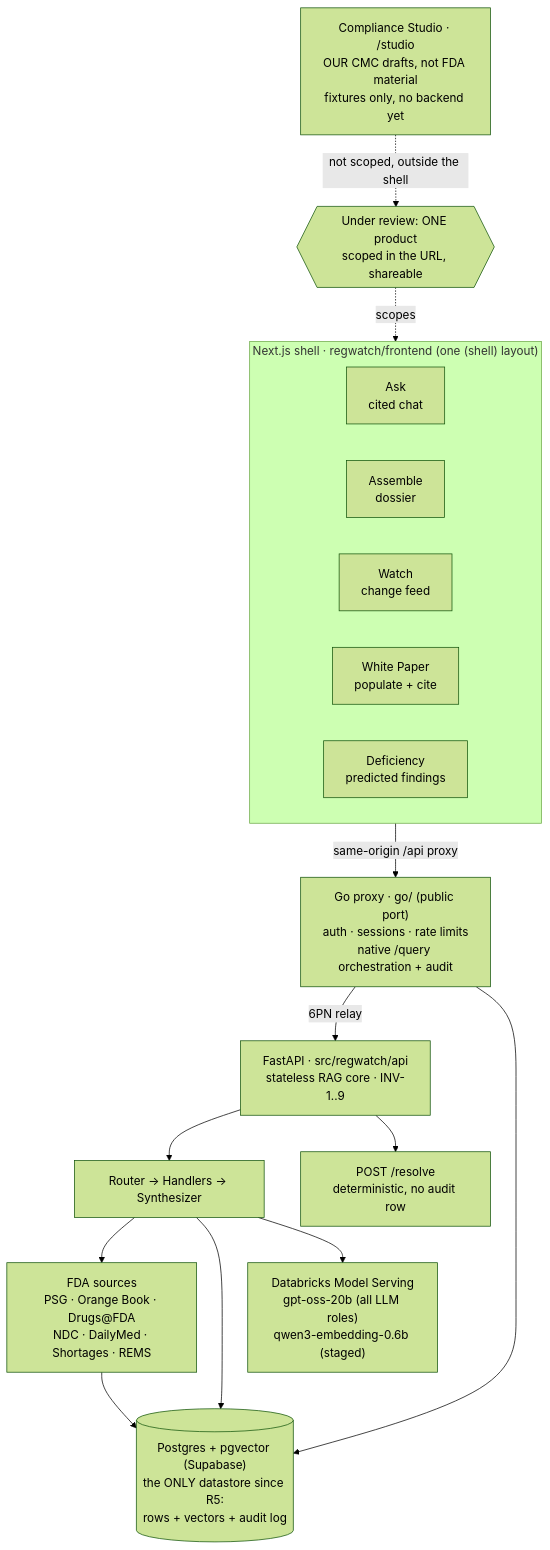
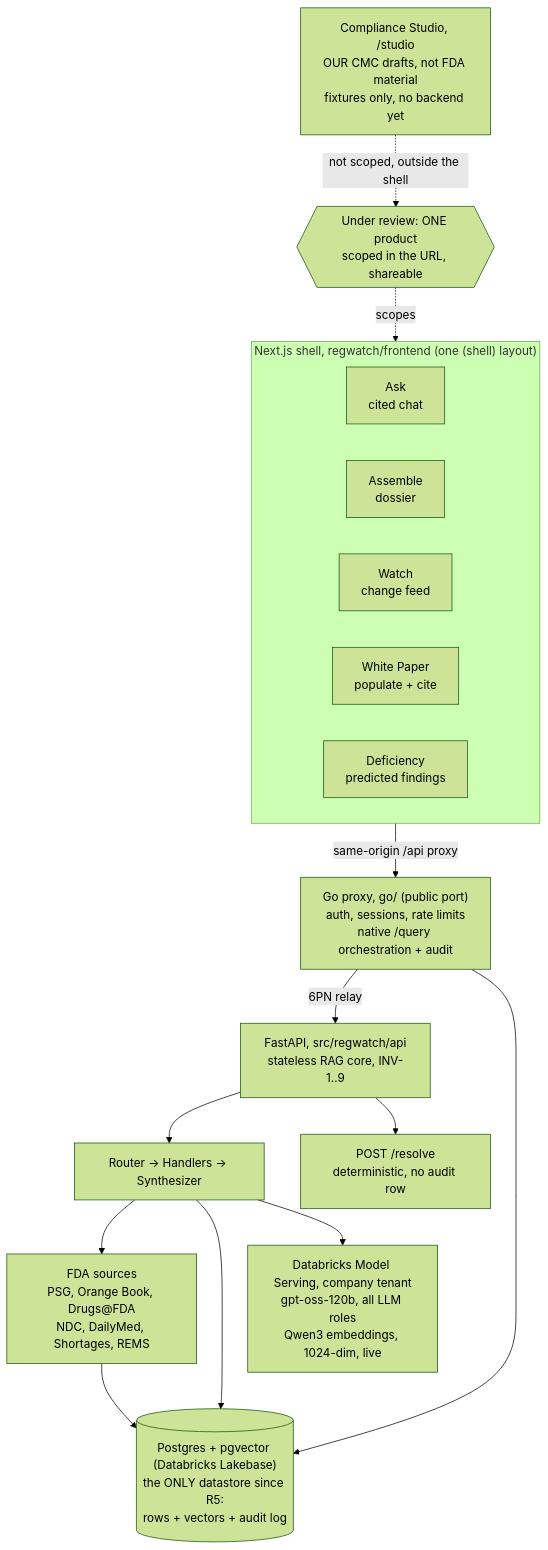
Before and after one commit to Hussain0327/amneal: the diagram in docs/MAP.md, drawn with Mermaid (forest theme). The commit also changed other lines of this file and 50 other files, not shown here.

````diff
--- a/docs/MAP.md
+++ b/docs/MAP.md
@@ -18,25 +20,25 @@
 ```mermaid
 flowchart TB
-  subgraph UI["Next.js shell · regwatch/frontend (one (shell) layout)"]
+  subgraph UI["Next.js shell, regwatch/frontend (one (shell) layout)"]
     direction LR
     Ask["Ask<br/>cited chat"]
     Assemble["Assemble<br/>dossier"]
     Watch["Watch<br/>change feed"]
     WP["White Paper<br/>populate + cite"]
     Def["Deficiency<br/>predicted findings"]
   end
-  Studio["Compliance Studio · /studio<br/>OUR CMC drafts, not FDA material<br/>fixtures only, no backend yet"]
+  Studio["Compliance Studio, /studio<br/>OUR CMC drafts, not FDA material<br/>fixtures only, no backend yet"]
   Scope{{"Under review: ONE product<br/>scoped in the URL, shareable"}}
   Scope -.scopes.-> UI
   Studio -.->|"not scoped, outside the shell"| Scope
 
-  UI -->|"same-origin /api proxy"| EDGE["Go proxy · go/ (public port)<br/>auth · sessions · rate limits<br/>native /query orchestration + audit"]
-  EDGE -->|"6PN relay"| API["FastAPI · src/regwatch/api<br/>stateless RAG core · INV-1..9"]
-  API --> Router["Router → Handlers → Synthesizer"]
+  UI -->|"same-origin /api proxy"| EDGE["Go proxy, go/ (public port)<br/>auth, sessions, rate limits<br/>native /query orchestration + audit"]
+  EDGE -->|"6PN relay"| API["FastAPI, src/regwatch/api<br/>stateless RAG core, INV-1..9"]
+  API --> Router["Router -> Handlers -> Synthesizer"]
   API --> Resolve["POST /resolve<br/>deterministic, no audit row"]
-  Router --> Sources["FDA sources<br/>PSG · Orange Book · Drugs@FDA<br/>NDC · DailyMed · Shortages · REMS"]
-  Router --> Stores[("Postgres + pgvector (Supabase)<br/>the ONLY datastore since R5:<br/>rows + vectors + audit log")]
+  Router --> Sources["FDA sources<br/>PSG, Orange Book, Drugs@FDA<br/>NDC, DailyMed, Shortages, REMS"]
+  Router --> Stores[("Postgres + pgvector (Databricks Lakebase)<br/>the ONLY datastore since R5:<br/>rows + vectors + audit log")]
   EDGE --> Stores
   Sources --> Stores
-  Router --> DBX["Databricks Model Serving<br/>gpt-oss-20b (all LLM roles)<br/>qwen3-embedding-0.6b (staged)"]
+  Router --> DBX["Databricks Model Serving, company tenant<br/>gpt-oss-120b, all LLM roles<br/>Qwen3 embeddings, 1024-dim, live"]
 ```
````
